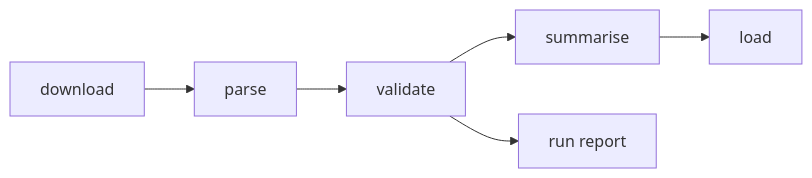
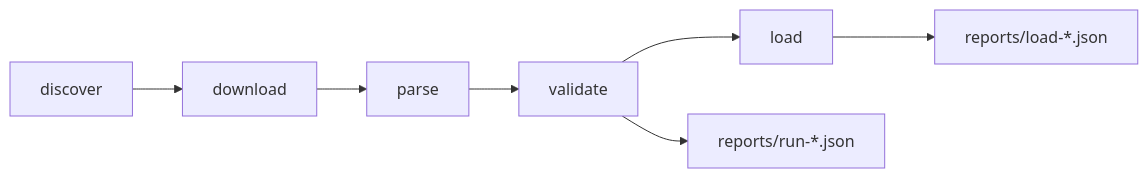
One commit to dambhore-web/mhtcet-cap-analysis changed the diagram in docs/02-architecture/data-pipeline.md. Above: the diagram before and after it, drawn with Mermaid. The commit also changed other lines of this file and 15 other files, not shown here.

````diff
--- a/docs/02-architecture/data-pipeline.md
+++ b/docs/02-architecture/data-pipeline.md
@@ -6,5 +9,6 @@
 ```mermaid
 flowchart LR
-  D[download] --> P[parse] --> V[validate] --> S[summarise] --> L[load]
-  V --> R[run report]
+  DI[discover] --> DO[download] --> P[parse] --> V[validate] --> L[load]
+  V --> R[reports/run-*.json]
+  L --> LR[reports/load-*.json]
 ```
````
